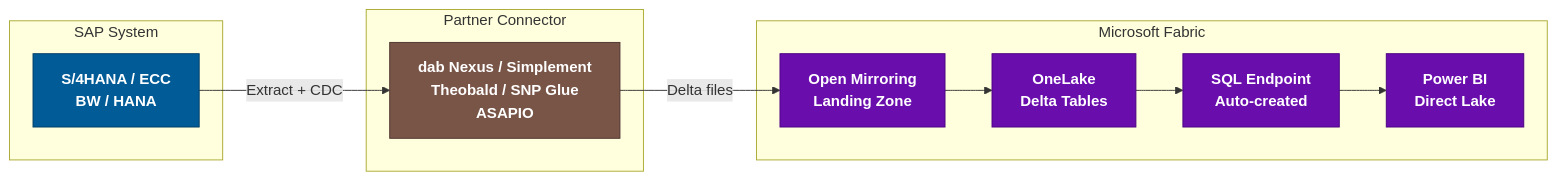
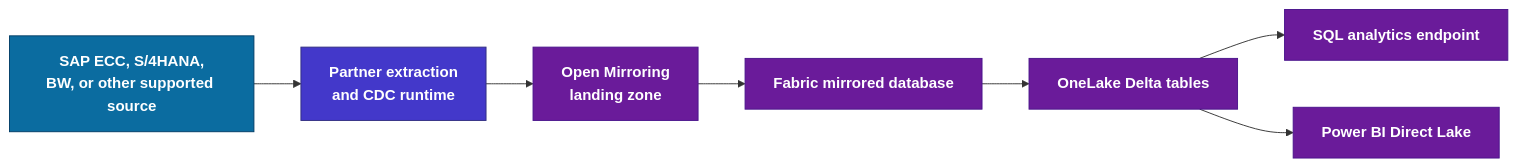
One commit to fredgis/fabric-foundry-kb changed the eighth of 10 diagrams in markdown/SAP_Fabric_Connectivity.md. Above: the diagram before and after it, drawn with Mermaid. The commit also changed other lines of this file and 6 other files, not shown here.

Commit message:
Audit and refresh SAP Fabric connectivity guide

````diff
--- a/markdown/SAP_Fabric_Connectivity.md
+++ b/markdown/SAP_Fabric_Connectivity.md
@@ -598,29 +645,17 @@
 ```mermaid
-graph LR
-    subgraph SAP["SAP System"]
-        A[S/4HANA / ECC<br/>BW / HANA]
-    end
-    subgraph Partner["Partner Connector"]
-        B[dab Nexus / Simplement<br/>Theobald / SNP Glue<br/>ASAPIO]
-    end
-    subgraph Fabric["Microsoft Fabric"]
-        C[Open Mirroring<br/>Landing Zone]
-        D[OneLake<br/>Delta Tables]
-        E[SQL Endpoint<br/>Auto-created]
-        F[Power BI<br/>Direct Lake]
-    end
+flowchart LR
+    SAP["SAP ECC, S/4HANA,<br/>BW, or other supported source"] --> PARTNER["Partner extraction<br/>and CDC runtime"]
+    PARTNER --> LAND["Open Mirroring<br/>landing zone"]
+    LAND --> MIRROR["Fabric mirrored database"]
+    MIRROR --> OL["OneLake Delta tables"]
+    OL --> SQL["SQL analytics endpoint"]
+    OL --> PBI["Power BI Direct Lake"]
 
-    A -->|Extract + CDC| B
-    B -->|Delta files| C
-    C --> D
-    D --> E
-    E --> F
+    classDef sap fill:#0B6CA0,stroke:#003D66,color:#ffffff,font-weight:bold
+    classDef partner fill:#4338CA,stroke:#312E81,color:#ffffff,font-weight:bold
+    classDef fabric fill:#6A1B9A,stroke:#4A148C,color:#ffffff,font-weight:bold
 
-    classDef sapStyle fill:#005B97,stroke:#003D66,color:#ffffff,font-weight:bold
-    classDef partnerStyle fill:#795548,stroke:#4E342E,color:#ffffff,font-weight:bold
-    classDef fabricStyle fill:#6A0DAD,stroke:#4A0080,color:#ffffff,font-weight:bold
-
-    class A sapStyle
-    class B partnerStyle
-    class C,D,E,F fabricStyle
+    class SAP sap
+    class PARTNER partner
+    class LAND,MIRROR,OL,SQL,PBI fabric
 ```
````
